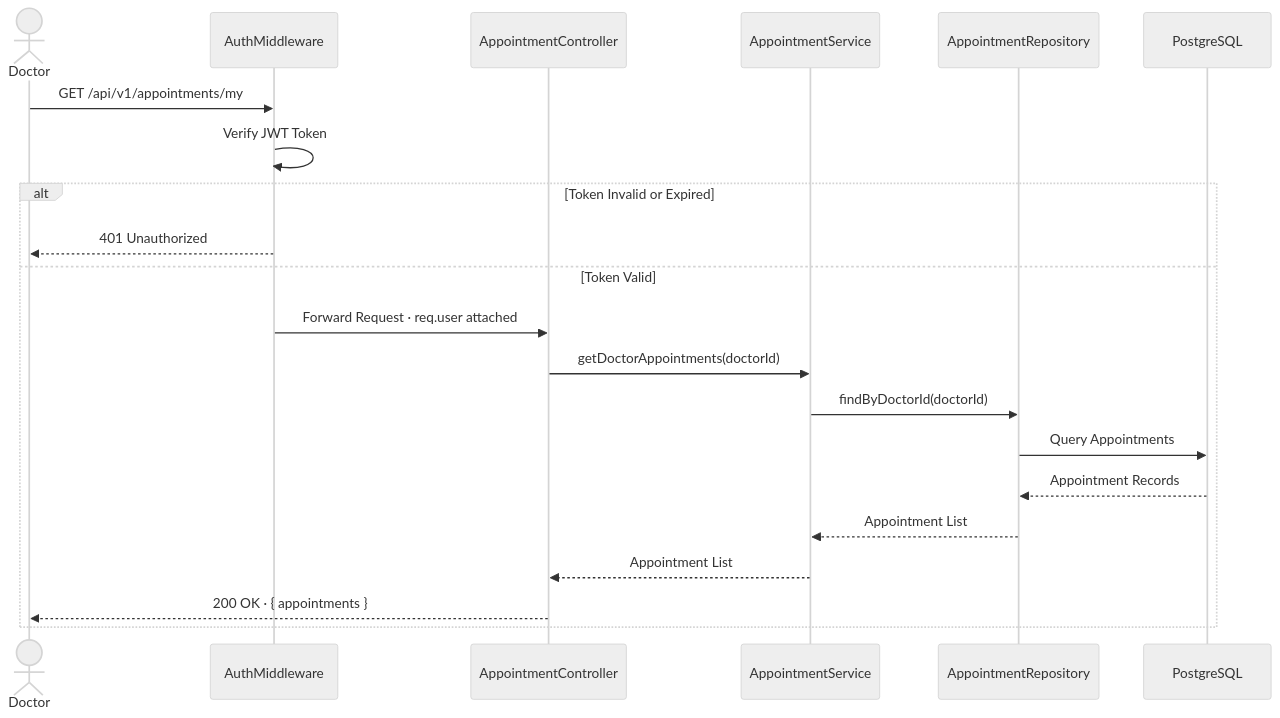
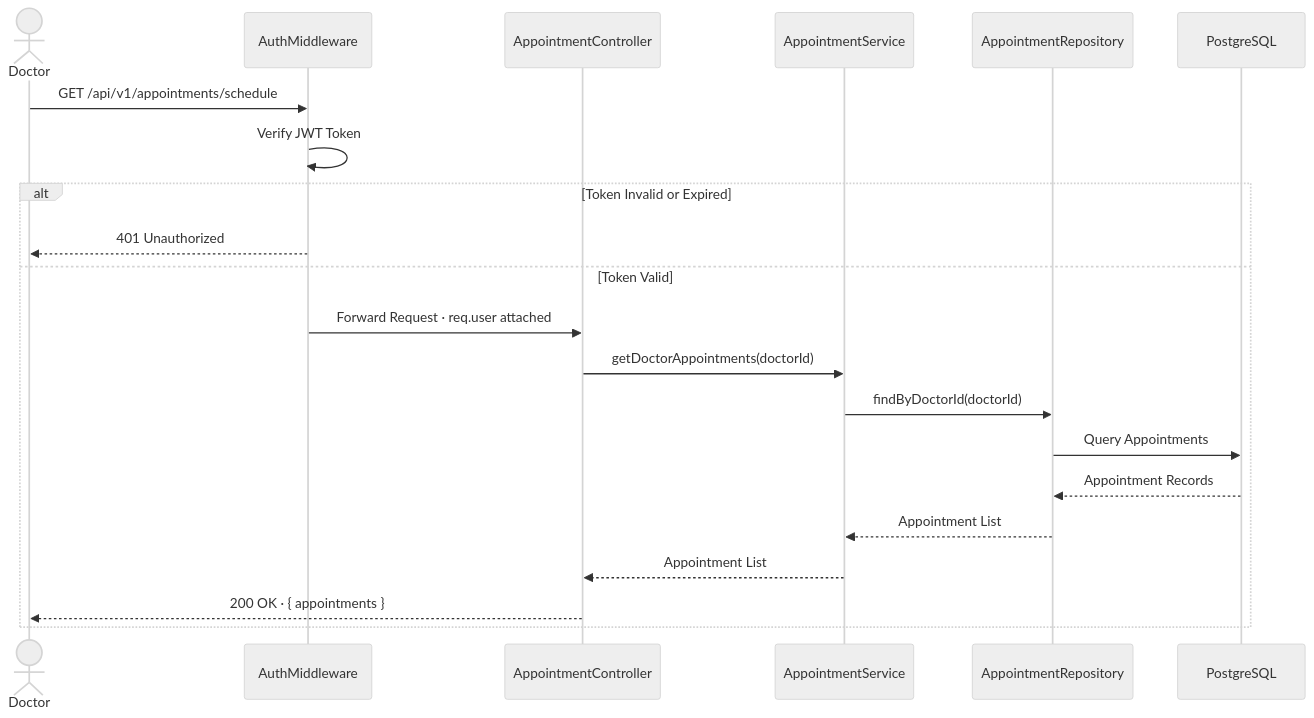
One commit to AmbyHasan/HMS changed the sixth of 12 diagrams in docs/04-Flow-Design.md. Above: the diagram before and after it, drawn with Mermaid (neutral theme). The commit also changed other lines of this file, not shown here.

Commit message:
Fix flow design doc

````diff
--- a/docs/04-Flow-Design.md
+++ b/docs/04-Flow-Design.md
@@ -156,25 +160,25 @@
 ```mermaid
 sequenceDiagram
     actor Doctor
     participant AuthMiddleware
     participant AppointmentController
     participant AppointmentService
     participant AppointmentRepository
     participant DB as PostgreSQL
 
-    Doctor->>AuthMiddleware: GET /api/v1/appointments/my
+    Doctor->>AuthMiddleware: GET /api/v1/appointments/schedule
     AuthMiddleware->>AuthMiddleware: Verify JWT Token
 
     alt Token Invalid or Expired
         AuthMiddleware-->>Doctor: 401 Unauthorized
     else Token Valid
         AuthMiddleware->>AppointmentController: Forward Request · req.user attached
         AppointmentController->>AppointmentService: getDoctorAppointments(doctorId)
         AppointmentService->>AppointmentRepository: findByDoctorId(doctorId)
         AppointmentRepository->>DB: Query Appointments
         DB-->>AppointmentRepository: Appointment Records
         AppointmentRepository-->>AppointmentService: Appointment List
         AppointmentService-->>AppointmentController: Appointment List
         AppointmentController-->>Doctor: 200 OK · { appointments }
     end
 ```
````
